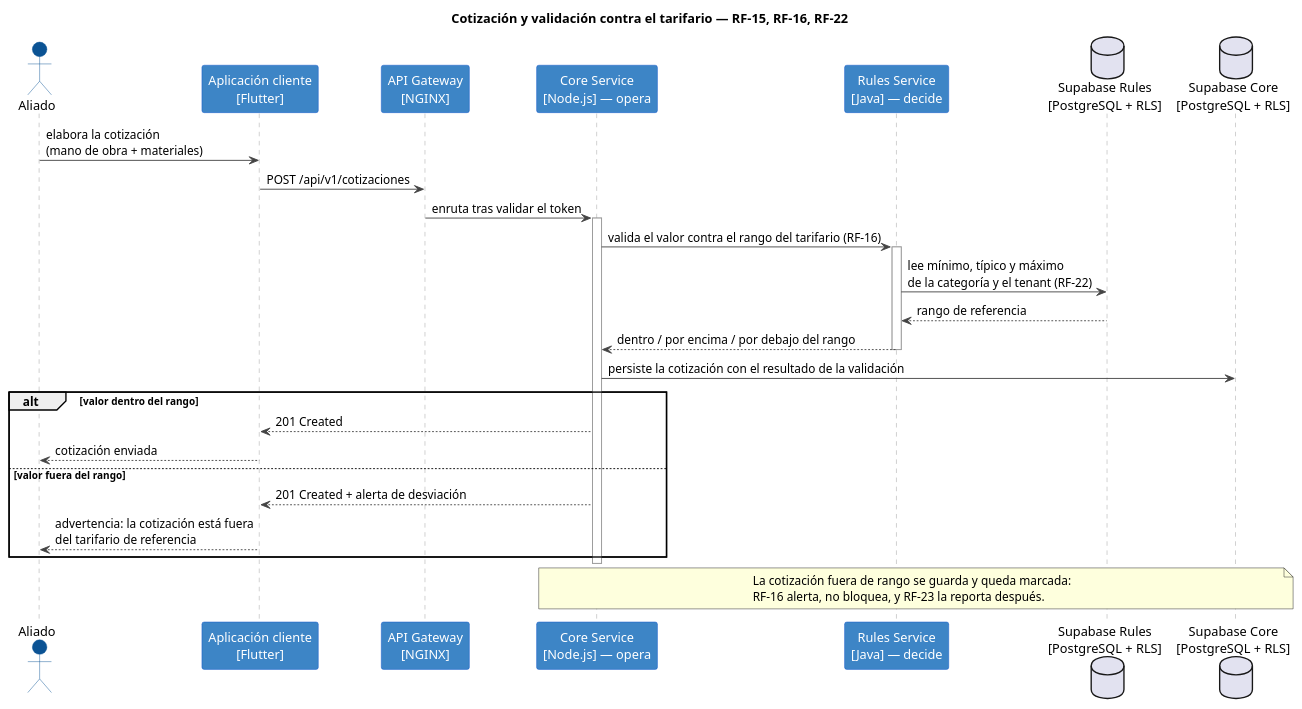
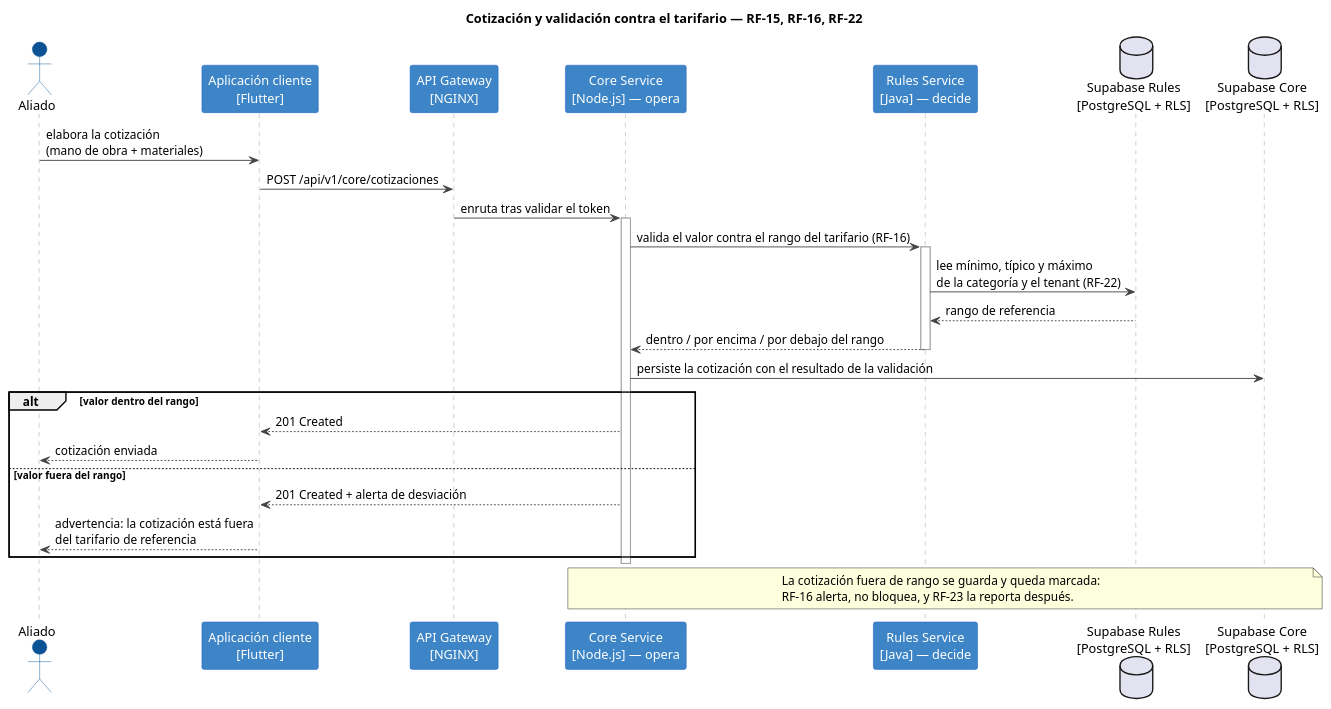
One commit to Trama-AS/MANI-docs changed the third of 5 diagrams in architecture/SECUENCIAS.md. Above: the diagram before and after it, drawn with PlantUML. The commit also changed other lines of this file and 11 other files, not shown here.

````diff
--- a/architecture/SECUENCIAS.md
+++ b/architecture/SECUENCIAS.md
@@ -173,54 +173,54 @@
 ```plantuml
 @startuml seq-cotizacion
 title Cotización y validación contra el tarifario — RF-15, RF-16, RF-22
 
 skinparam backgroundColor #ffffff
 skinparam shadowing false
 skinparam sequence {
   ArrowColor #444444
   LifeLineBorderColor #999999
   ParticipantBorderColor #1155cc
   ParticipantBackgroundColor #3d85c6
   ParticipantFontColor #ffffff
   ActorBorderColor #0b5394
   ActorBackgroundColor #0b5394
 }
 
 actor "Aliado" as Aliado
 participant "Aplicación cliente\n[Flutter]" as App
 participant "API Gateway\n[NGINX]" as GW
 participant "Core Service\n[Node.js] — opera" as Core
 participant "Rules Service\n[Java] — decide" as Rules
 database "Supabase Rules\n[PostgreSQL + RLS]" as DbRules
 database "Supabase Core\n[PostgreSQL + RLS]" as DbCore
 
 Aliado -> App: elabora la cotización\n(mano de obra + materiales)
-App -> GW: POST /api/v1/cotizaciones
+App -> GW: POST /api/v1/core/cotizaciones
 GW -> Core: enruta tras validar el token
 activate Core
 
 Core -> Rules: valida el valor contra el rango del tarifario (RF-16)
 activate Rules
 Rules -> DbRules: lee mínimo, típico y máximo\nde la categoría y el tenant (RF-22)
 DbRules --> Rules: rango de referencia
 Rules --> Core: dentro / por encima / por debajo del rango
 deactivate Rules
 
 Core -> DbCore: persiste la cotización con el resultado de la validación
 
 alt valor dentro del rango
     Core --> App: 201 Created
     App --> Aliado: cotización enviada
 else valor fuera del rango
     Core --> App: 201 Created + alerta de desviación
     App --> Aliado: advertencia: la cotización está fuera\ndel tarifario de referencia
 end
 deactivate Core
 
 note over Core, DbCore
   La cotización fuera de rango se guarda y queda marcada:
   RF-16 alerta, no bloquea, y RF-23 la reporta después.
 end note
 
 @enduml
 ```
````
